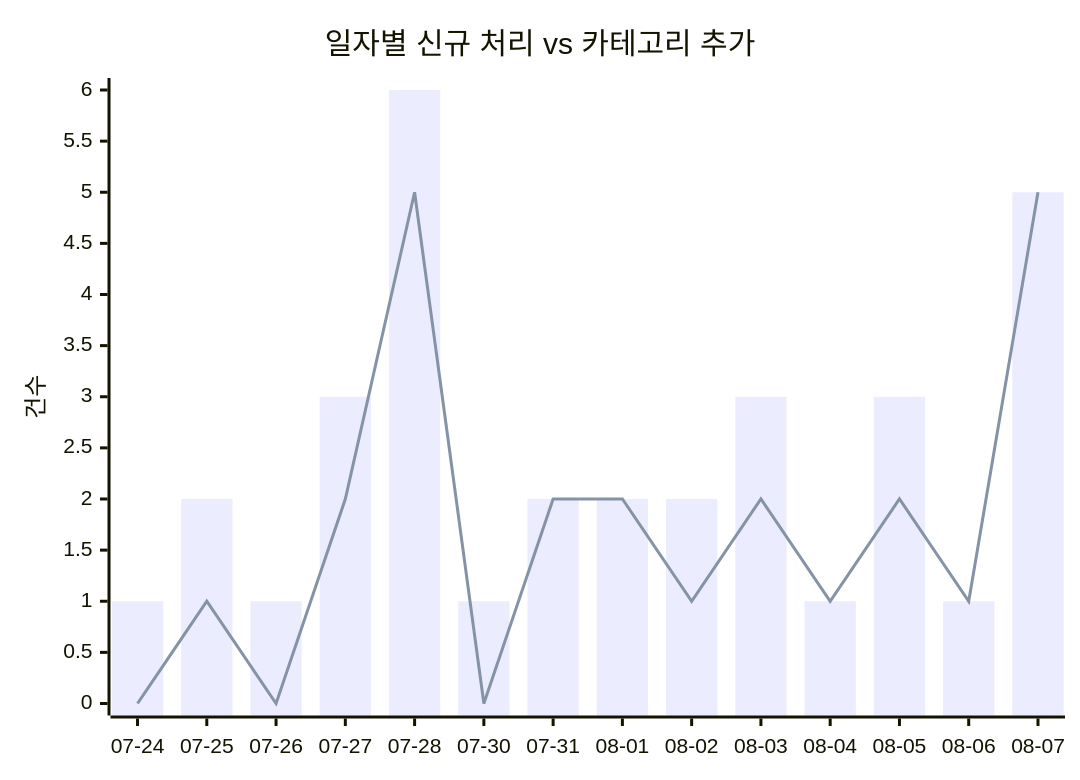
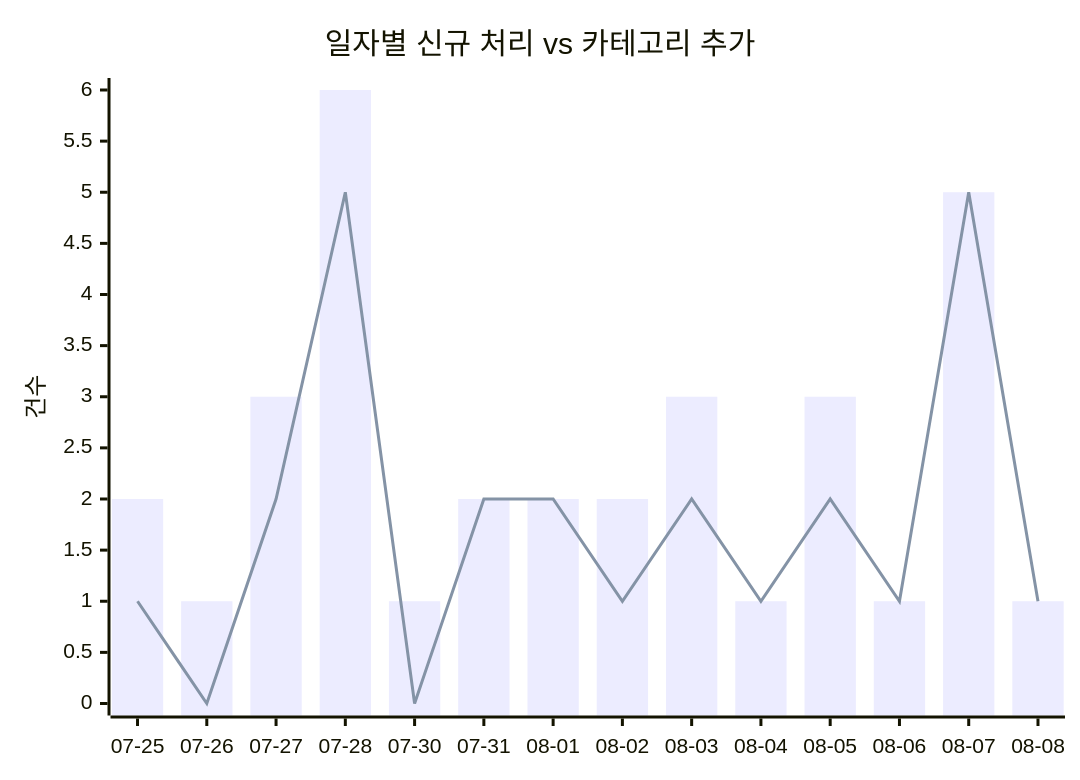
Before and after one commit to J-nowcow/awesome-korean-agent-skills: the first of 2 diagrams in docs/trends.md, drawn with Mermaid. The commit also changed other lines of this file and 4 other files, not shown here.

````diff
--- a/docs/trends.md
+++ b/docs/trends.md
@@ -32,8 +32,8 @@
 ```mermaid
 xychart-beta
     title "일자별 신규 처리 vs 카테고리 추가"
-    x-axis ["07-24","07-25","07-26","07-27","07-28","07-30","07-31","08-01","08-02","08-03","08-04","08-05","08-06","08-07"]
+    x-axis ["07-25","07-26","07-27","07-28","07-30","07-31","08-01","08-02","08-03","08-04","08-05","08-06","08-07","08-08"]
     y-axis "건수"
-    bar [1,2,1,3,6,1,2,2,2,3,1,3,1,5]
-    line [0,1,0,2,5,0,2,2,1,2,1,2,1,5]
+    bar [2,1,3,6,1,2,2,2,3,1,3,1,5,1]
+    line [1,0,2,5,0,2,2,1,2,1,2,1,5,1]
 ```
````
